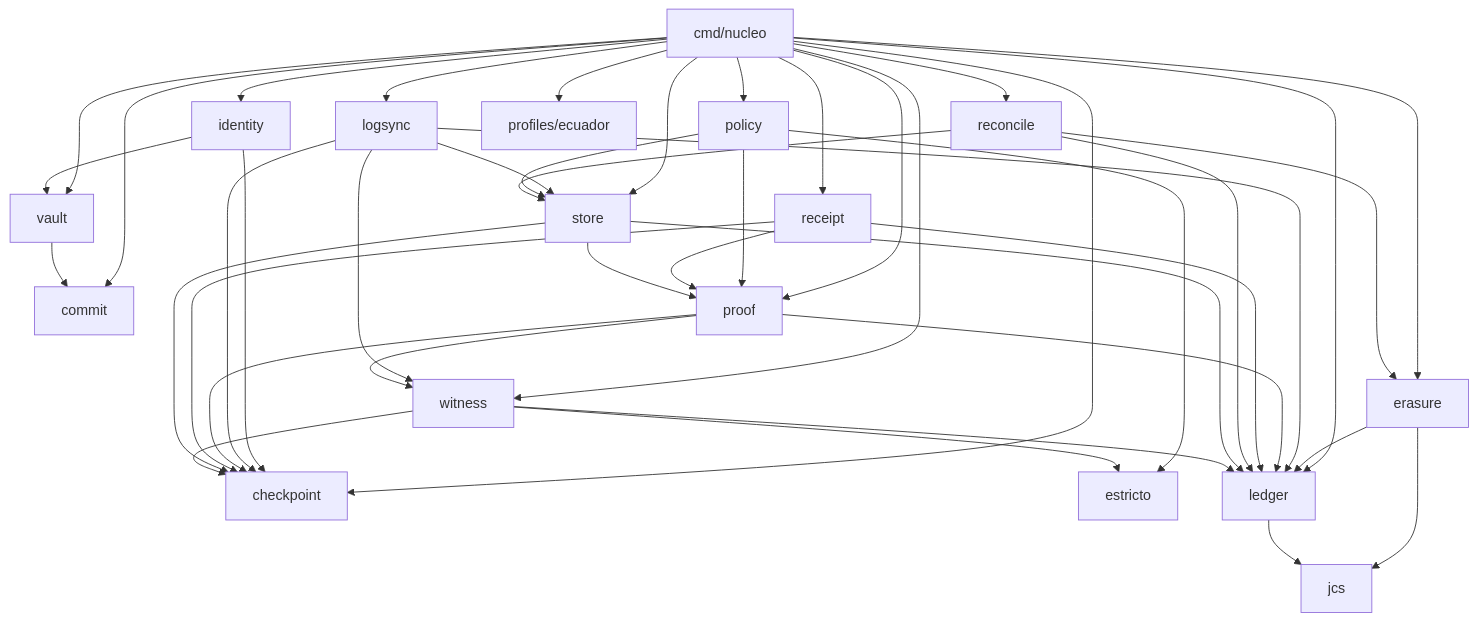
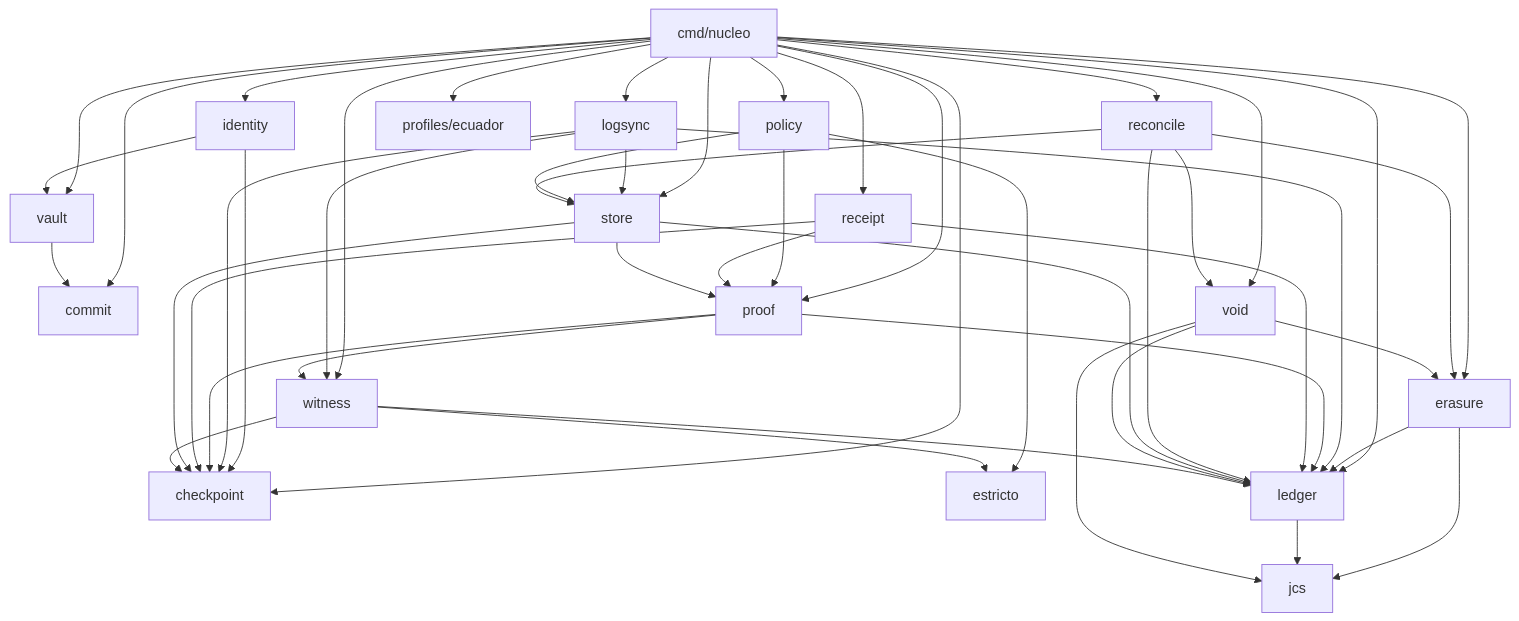
One commit to nucleoledger/nucleo changed the second of 12 diagrams in docs/ARQUITECTURA.md. Above: the diagram before and after it, drawn with Mermaid. The commit also changed other lines of this file and 9 other files, not shown here.

````diff
--- a/docs/ARQUITECTURA.md
+++ b/docs/ARQUITECTURA.md
@@ -66,62 +66,68 @@
 ```mermaid
 flowchart TD
   cli[cmd/nucleo]
   checkpoint[checkpoint]
   commit[commit]
   erasure[erasure]
   estricto[estricto]
   identity[identity]
   jcs[jcs]
   ledger[ledger]
   logsync[logsync]
   policy[policy]
   proof[proof]
   receipt[receipt]
   reconcile[reconcile]
   store[store]
   vault[vault]
+  void[void]
   witness[witness]
   ecuador[profiles/ecuador]
   cli --> checkpoint
   cli --> commit
   cli --> erasure
   cli --> identity
   cli --> ledger
   cli --> logsync
   cli --> policy
   cli --> proof
   cli --> receipt
   cli --> reconcile
   cli --> store
   cli --> vault
+  cli --> void
   cli --> witness
   cli --> ecuador
   erasure --> jcs
   erasure --> ledger
   identity --> checkpoint
   identity --> vault
   ledger --> jcs
   logsync --> checkpoint
   logsync --> ledger
   logsync --> store
   logsync --> witness
   policy --> estricto
   policy --> proof
   policy --> store
   proof --> checkpoint
   proof --> ledger
   proof --> witness
   receipt --> checkpoint
   receipt --> ledger
   receipt --> proof
   reconcile --> erasure
   reconcile --> ledger
   reconcile --> store
+  reconcile --> void
   store --> checkpoint
   store --> ledger
   store --> proof
   vault --> commit
+  void --> erasure
+  void --> jcs
+  void --> ledger
   witness --> checkpoint
   witness --> estricto
   witness --> ledger
 ```
````
